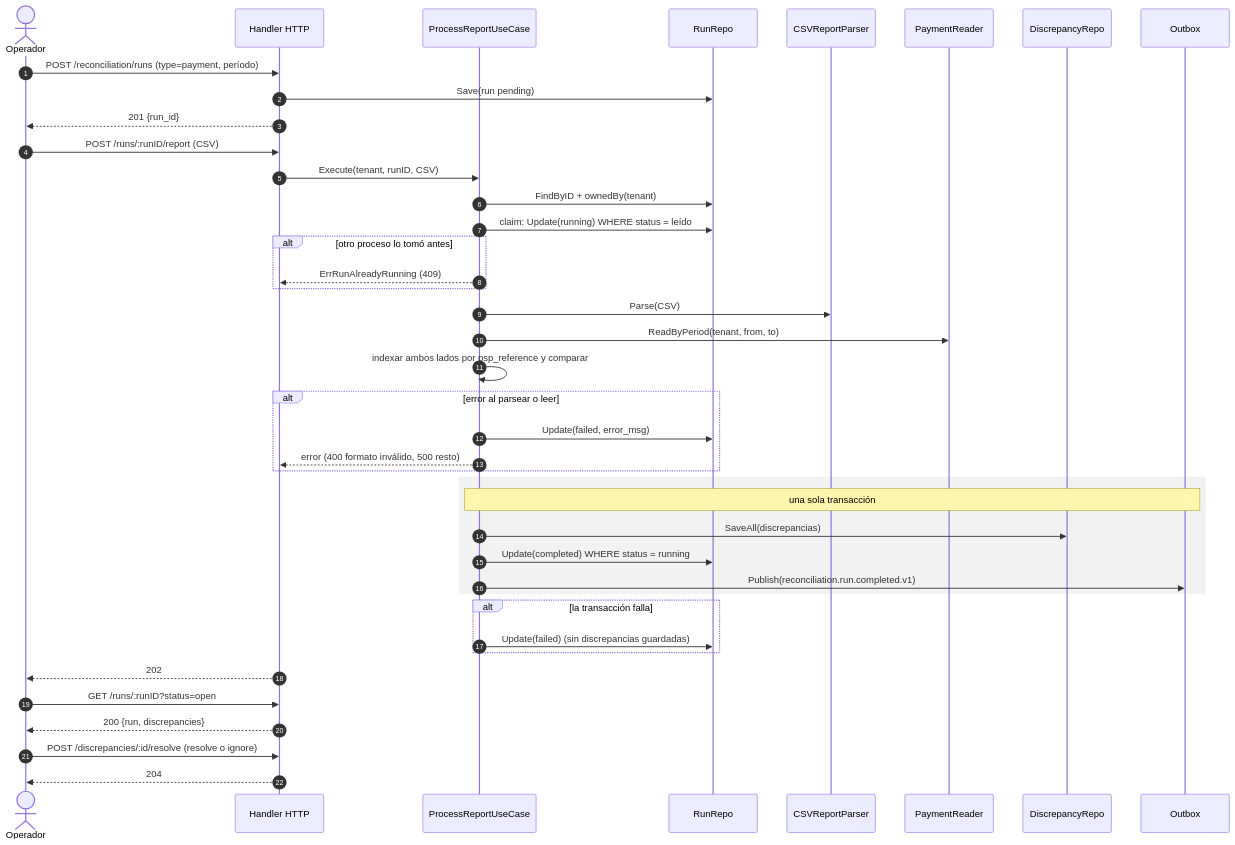
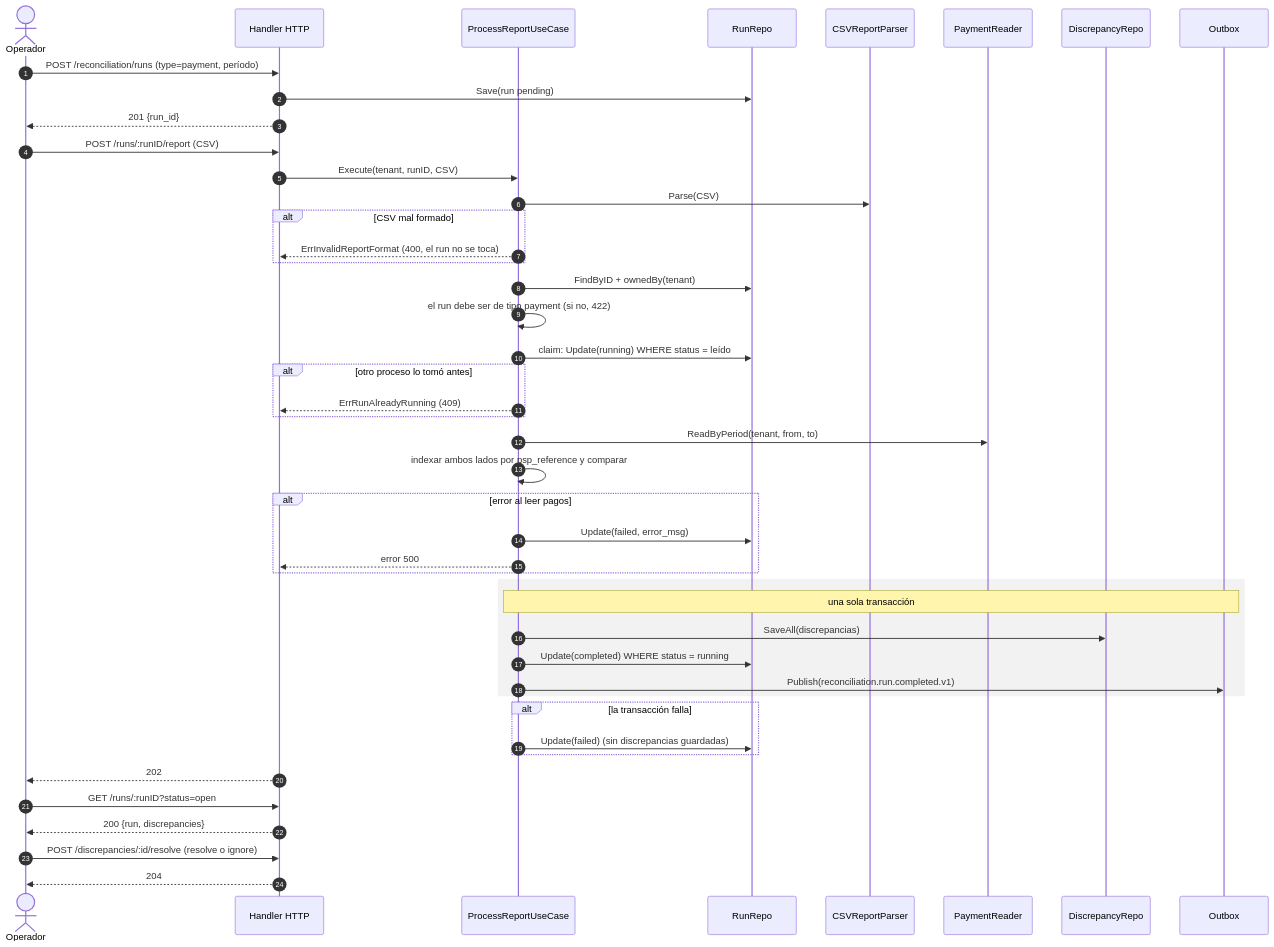
Before and after one commit to juantevez/cobros-platform: the first of 2 diagrams in docs/technical/RECONCILIATION.md, drawn with Mermaid. The commit also changed other lines of this file, not shown here.

````diff
--- a/docs/technical/RECONCILIATION.md
+++ b/docs/technical/RECONCILIATION.md
@@ -67,44 +70,48 @@
 ```mermaid
 sequenceDiagram
     autonumber
     actor O as Operador
     participant H as Handler HTTP
     participant UC as ProcessReportUseCase
     participant RR as RunRepo
     participant CSV as CSVReportParser
     participant PR as PaymentReader
     participant DR as DiscrepancyRepo
     participant OB as Outbox
 
     O->>H: POST /reconciliation/runs (type=payment, período)
     H->>RR: Save(run pending)
     H-->>O: 201 {run_id}
     O->>H: POST /runs/:runID/report (CSV)
     H->>UC: Execute(tenant, runID, CSV)
+    UC->>CSV: Parse(CSV)
+    alt CSV mal formado
+        UC-->>H: ErrInvalidReportFormat (400, el run no se toca)
+    end
     UC->>RR: FindByID + ownedBy(tenant)
+    UC->>UC: el run debe ser de tipo payment (si no, 422)
     UC->>RR: claim: Update(running) WHERE status = leído
     alt otro proceso lo tomó antes
         UC-->>H: ErrRunAlreadyRunning (409)
     end
-    UC->>CSV: Parse(CSV)
     UC->>PR: ReadByPeriod(tenant, from, to)
     UC->>UC: indexar ambos lados por psp_reference y comparar
-    alt error al parsear o leer
+    alt error al leer pagos
         UC->>RR: Update(failed, error_msg)
-        UC-->>H: error (400 formato inválido, 500 resto)
+        UC-->>H: error 500
     end
     rect rgba(128, 128, 128, 0.1)
         Note over UC,OB: una sola transacción
         UC->>DR: SaveAll(discrepancias)
         UC->>RR: Update(completed) WHERE status = running
         UC->>OB: Publish(reconciliation.run.completed.v1)
     end
     alt la transacción falla
         UC->>RR: Update(failed) (sin discrepancias guardadas)
     end
     H-->>O: 202
     O->>H: GET /runs/:runID?status=open
     H-->>O: 200 {run, discrepancies}
     O->>H: POST /discrepancies/:id/resolve (resolve o ignore)
     H-->>O: 204
 ```
````
